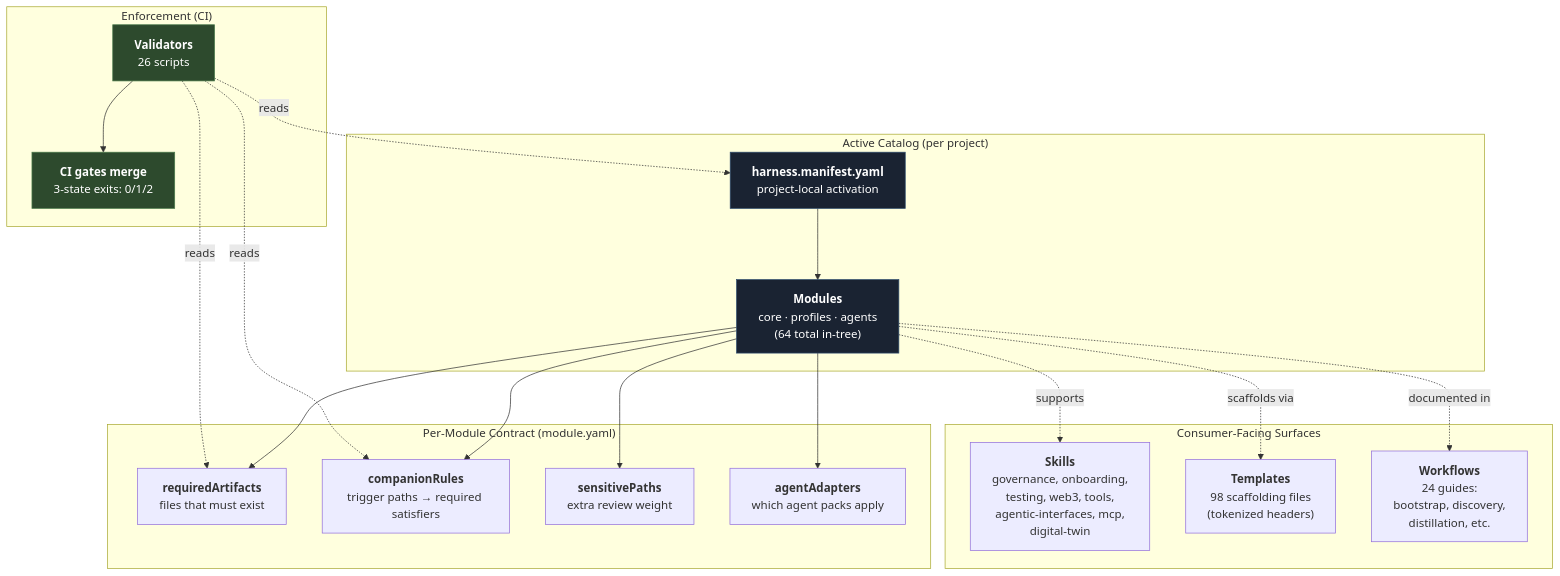
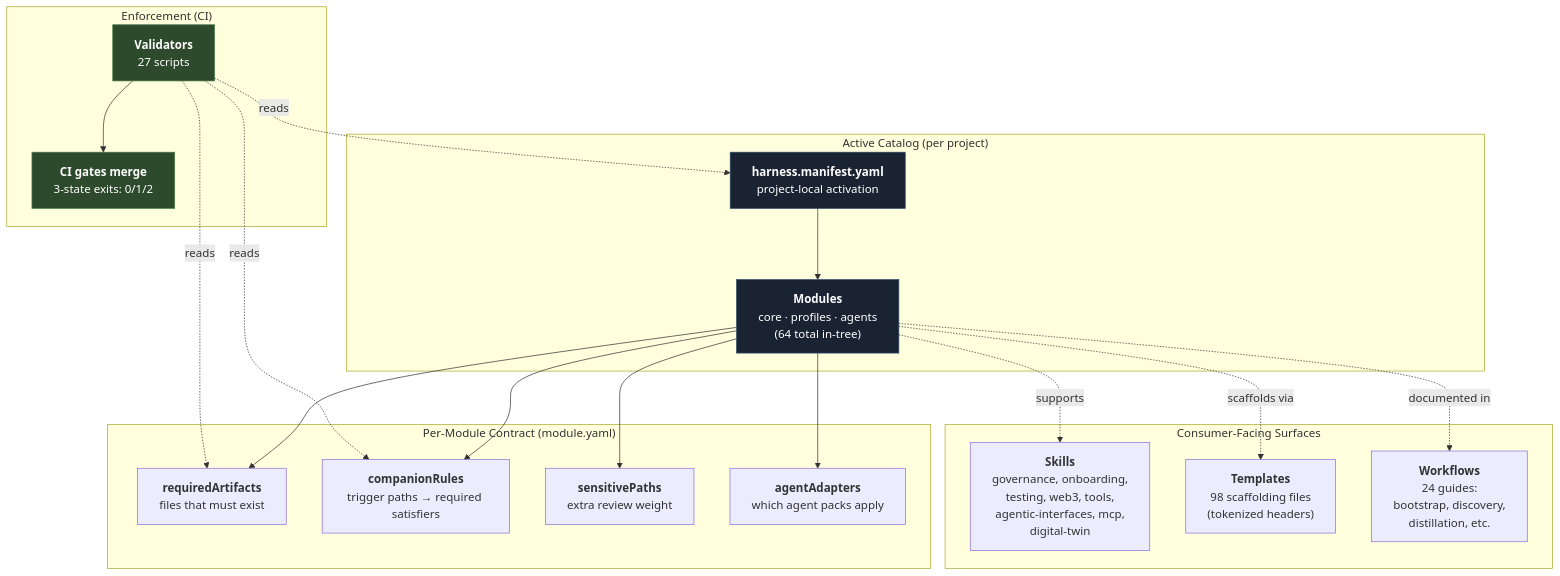
One commit to unclenate/auto-harness changed the first of 20 diagrams in docs/architecture/diagrams.md. Above: the diagram before and after it, drawn with Mermaid. The commit also changed other lines of this file and 20 other files, not shown here.

````diff
--- a/docs/architecture/diagrams.md
+++ b/docs/architecture/diagrams.md
@@ -55,38 +55,38 @@
 ```mermaid
 flowchart TD
     Manifest["<b>harness.manifest.yaml</b><br/>project-local activation"]
 
     subgraph CATALOG["Active Catalog (per project)"]
         Manifest --> Modules["<b>Modules</b><br/>core · profiles · agents<br/>(64 total in-tree)"]
     end
 
     subgraph CONTRACT["Per-Module Contract (module.yaml)"]
         Modules --> Required["<b>requiredArtifacts</b><br/>files that must exist"]
         Modules --> Companions["<b>companionRules</b><br/>trigger paths → required satisfiers"]
         Modules --> Sensitive["<b>sensitivePaths</b><br/>extra review weight"]
         Modules --> Adapters["<b>agentAdapters</b><br/>which agent packs apply"]
     end
 
     subgraph ENFORCE["Enforcement (CI)"]
-        Validators["<b>Validators</b><br/>26 scripts"]
+        Validators["<b>Validators</b><br/>27 scripts"]
         Validators -.reads.-> Manifest
         Validators -.reads.-> Required
         Validators -.reads.-> Companions
         Validators --> CIGate["<b>CI gates merge</b><br/>3-state exits: 0/1/2"]
     end
 
     subgraph SURFACE["Consumer-Facing Surfaces"]
         Skills["<b>Skills</b><br/>governance, onboarding,<br/>testing, web3, tools,<br/>agentic-interfaces, mcp,<br/>digital-twin"]
         Templates["<b>Templates</b><br/>98 scaffolding files<br/>(tokenized headers)"]
         Workflows["<b>Workflows</b><br/>24 guides:<br/>bootstrap, discovery,<br/>distillation, etc."]
     end
 
     Modules -.supports.-> Skills
     Modules -.scaffolds via.-> Templates
     Modules -.documented in.-> Workflows
 
     style Manifest fill:#1a2332,stroke:#2c4a6b,color:#fff
     style Modules fill:#1a2332,stroke:#2c4a6b,color:#fff
     style Validators fill:#2d4a2d,stroke:#4a7a4a,color:#fff
     style CIGate fill:#2d4a2d,stroke:#4a7a4a,color:#fff
 ```
````
